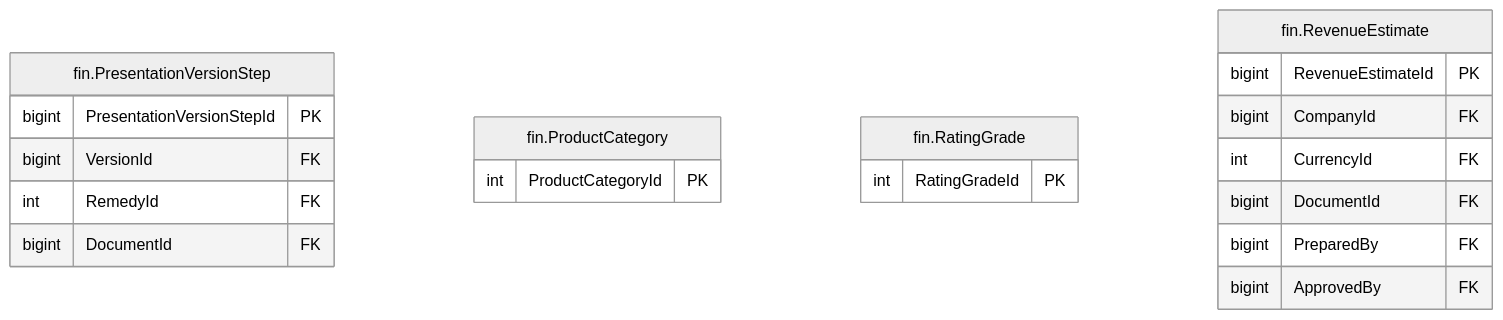
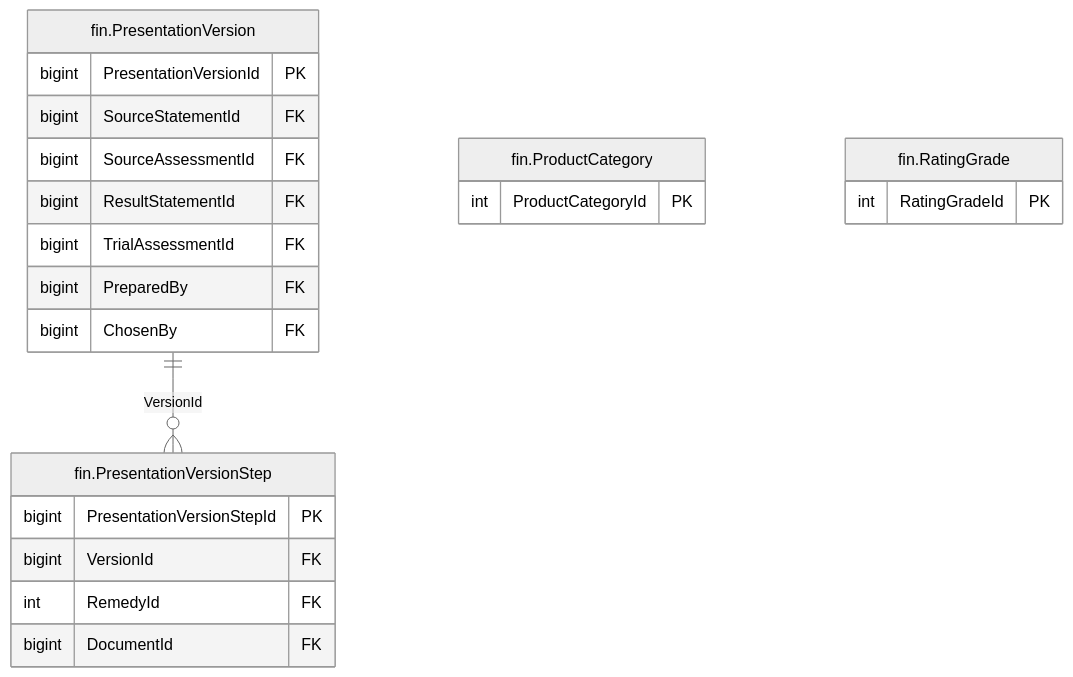
One commit to thawrasy/smartlines changed the diagram in treasury-platform/docs/diagrams/erd/m5_financials_10.mmd. Above: the diagram before and after it, drawn with Mermaid (neutral theme). The commit also changed 217 other files, not shown here.

```diff
--- a/treasury-platform/docs/diagrams/erd/m5_financials_10.mmd
+++ b/treasury-platform/docs/diagrams/erd/m5_financials_10.mmd
@@ -1,22 +1,24 @@
 %% م5 · البيانات المالية والأرصدة (10/14) — Financial statements & balances
 erDiagram
+  fin_PresentationVersion["fin.PresentationVersion"] {
+    bigint PresentationVersionId PK
+    bigint SourceStatementId FK
+    bigint SourceAssessmentId FK
+    bigint ResultStatementId FK
+    bigint TrialAssessmentId FK
+    bigint PreparedBy FK
+    bigint ChosenBy FK
+  }
   fin_PresentationVersionStep["fin.PresentationVersionStep"] {
     bigint PresentationVersionStepId PK
     bigint VersionId FK
     int RemedyId FK
     bigint DocumentId FK
   }
   fin_ProductCategory["fin.ProductCategory"] {
     int ProductCategoryId PK
   }
   fin_RatingGrade["fin.RatingGrade"] {
     int RatingGradeId PK
   }
-  fin_RevenueEstimate["fin.RevenueEstimate"] {
-    bigint RevenueEstimateId PK
-    bigint CompanyId FK
-    int CurrencyId FK
-    bigint DocumentId FK
-    bigint PreparedBy FK
-    bigint ApprovedBy FK
-  }
+  fin_PresentationVersion ||--o{ fin_PresentationVersionStep : "VersionId"
```
